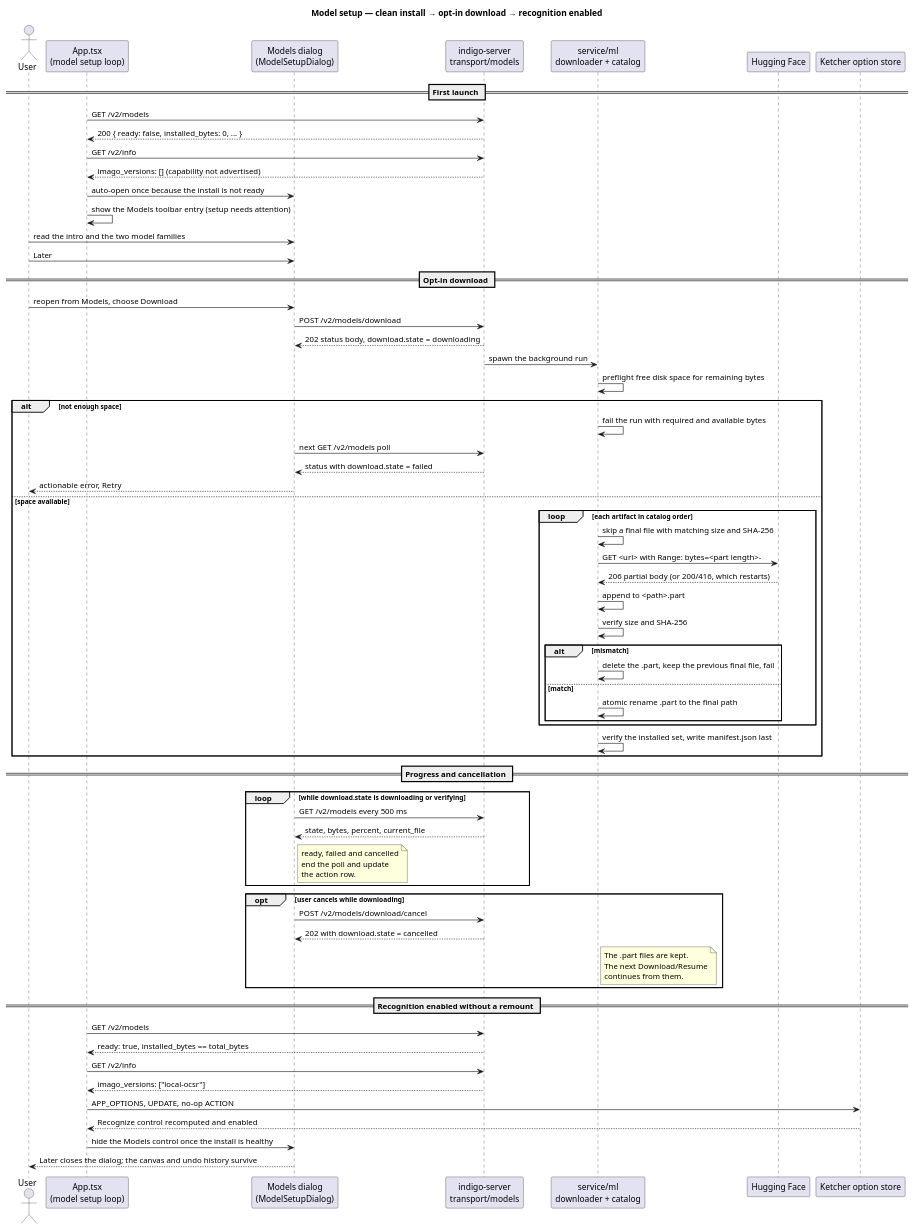
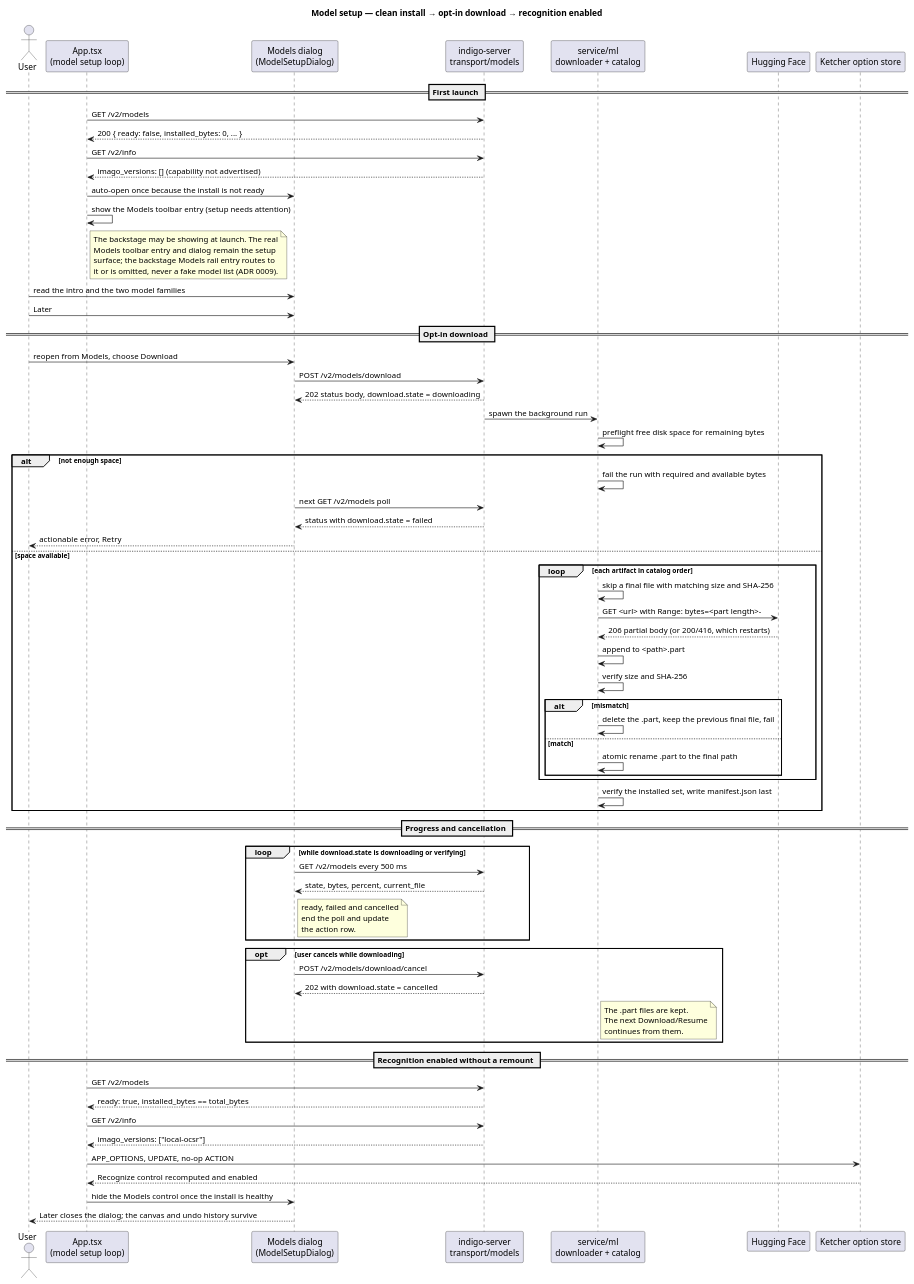
Before and after one commit to spalax-dev/chemistry_draw: the diagram in docs/planning/sequences/model-setup.puml, drawn with PlantUML. The commit also changed 25 other files, not shown here.

```diff
--- a/docs/planning/sequences/model-setup.puml
+++ b/docs/planning/sequences/model-setup.puml
@@ -1,79 +1,85 @@
 @startuml
 title Model setup — clean install → opt-in download → recognition enabled
 
 actor "User" as user
 participant "App.tsx\n(model setup loop)" as app
 participant "Models dialog\n(ModelSetupDialog)" as dialog
 participant "indigo-server\ntransport/models" as api
 participant "service/ml\ndownloader + catalog" as downloader
 participant "Hugging Face" as hf
 participant "Ketcher option store" as store
 
 == First launch ==
 app -> api: GET /v2/models
 api --> app: 200 { ready: false, installed_bytes: 0, ... }
 app -> api: GET /v2/info
 api --> app: imago_versions: [] (capability not advertised)
 app -> dialog: auto-open once because the install is not ready
 app -> app: show the Models toolbar entry (setup needs attention)
+note right of app
+  The backstage may be showing at launch. The real
+  Models toolbar entry and dialog remain the setup
+  surface; the backstage Models rail entry routes to
+  it or is omitted, never a fake model list (ADR 0009).
+end note
 user -> dialog: read the intro and the two model families
 user -> dialog: Later
 
 == Opt-in download ==
 user -> dialog: reopen from Models, choose Download
 dialog -> api: POST /v2/models/download
 api --> dialog: 202 status body, download.state = downloading
 api -> downloader: spawn the background run
 downloader -> downloader: preflight free disk space for remaining bytes
 alt not enough space
   downloader -> downloader: fail the run with required and available bytes
   dialog -> api: next GET /v2/models poll
   api --> dialog: status with download.state = failed
   dialog --> user: actionable error, Retry
 else space available
   loop each artifact in catalog order
     downloader -> downloader: skip a final file with matching size and SHA-256
     downloader -> hf: GET <url> with Range: bytes=<part length>-
     hf --> downloader: 206 partial body (or 200/416, which restarts)
     downloader -> downloader: append to <path>.part
     downloader -> downloader: verify size and SHA-256
     alt mismatch
       downloader -> downloader: delete the .part, keep the previous final file, fail
     else match
       downloader -> downloader: atomic rename .part to the final path
     end
   end
   downloader -> downloader: verify the installed set, write manifest.json last
 end
 
 == Progress and cancellation ==
 loop while download.state is downloading or verifying
   dialog -> api: GET /v2/models every 500 ms
   api --> dialog: state, bytes, percent, current_file
   note right of dialog
     ready, failed and cancelled
     end the poll and update
     the action row.
   end note
 end
 opt user cancels while downloading
   dialog -> api: POST /v2/models/download/cancel
   api --> dialog: 202 with download.state = cancelled
   note right of downloader
     The .part files are kept.
     The next Download/Resume
     continues from them.
   end note
 end
 
 == Recognition enabled without a remount ==
 app -> api: GET /v2/models
 api --> app: ready: true, installed_bytes == total_bytes
 app -> api: GET /v2/info
 api --> app: imago_versions: ["local-ocsr"]
 app -> store: APP_OPTIONS, UPDATE, no-op ACTION
 store --> app: Recognize control recomputed and enabled
 app -> dialog: hide the Models control once the install is healthy
 dialog --> user: Later closes the dialog; the canvas and undo history survive
 
 @enduml
```
